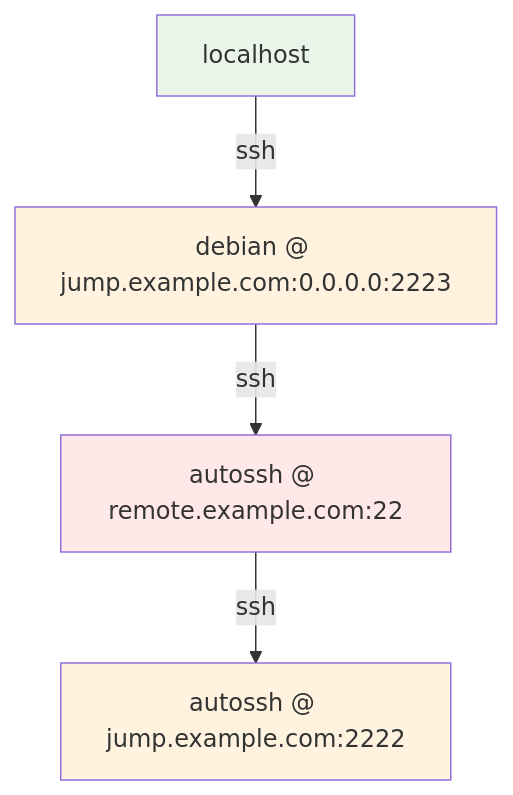
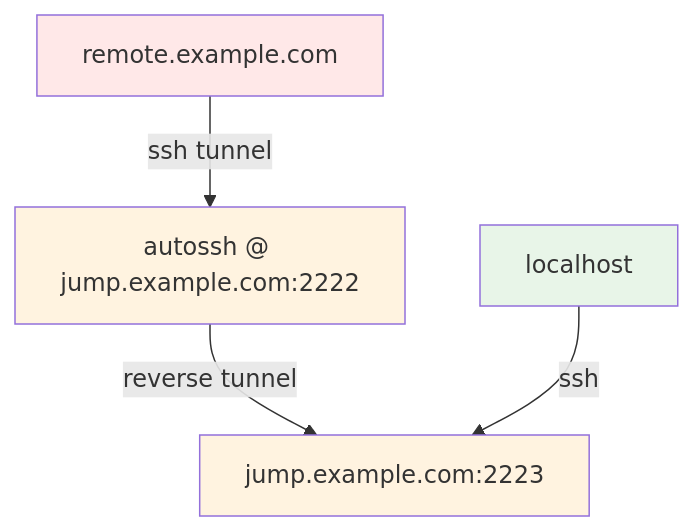
One commit to Mint-System/Wiki changed the second of 2 diagrams in autossh.md. Above: the diagram before and after it, drawn with Mermaid. The commit also changed other lines of this file, not shown here.

````diff
--- a/autossh.md
+++ b/autossh.md
@@ -55,11 +53,11 @@
 ```mermaid
 graph TD
-    A[autossh @ remote.example.com:22] -->|ssh| B[autossh @ jump.example.com:2222]
-    D[localhost] -->|ssh| C[debian @ jump.example.com:0.0.0.0:2223]
-    C -->|ssh| A
+    A[remote.example.com] -->|ssh tunnel| B[autossh @ jump.example.com:2222]
+    B -->|reverse tunnel| C[jump.example.com:2223]
+    D[localhost] -->|ssh| C
     
     style A fill:#ffe8e8
     style B fill:#fff3e0
     style C fill:#fff3e0
     style D fill:#e8f5e8
 ```
````
